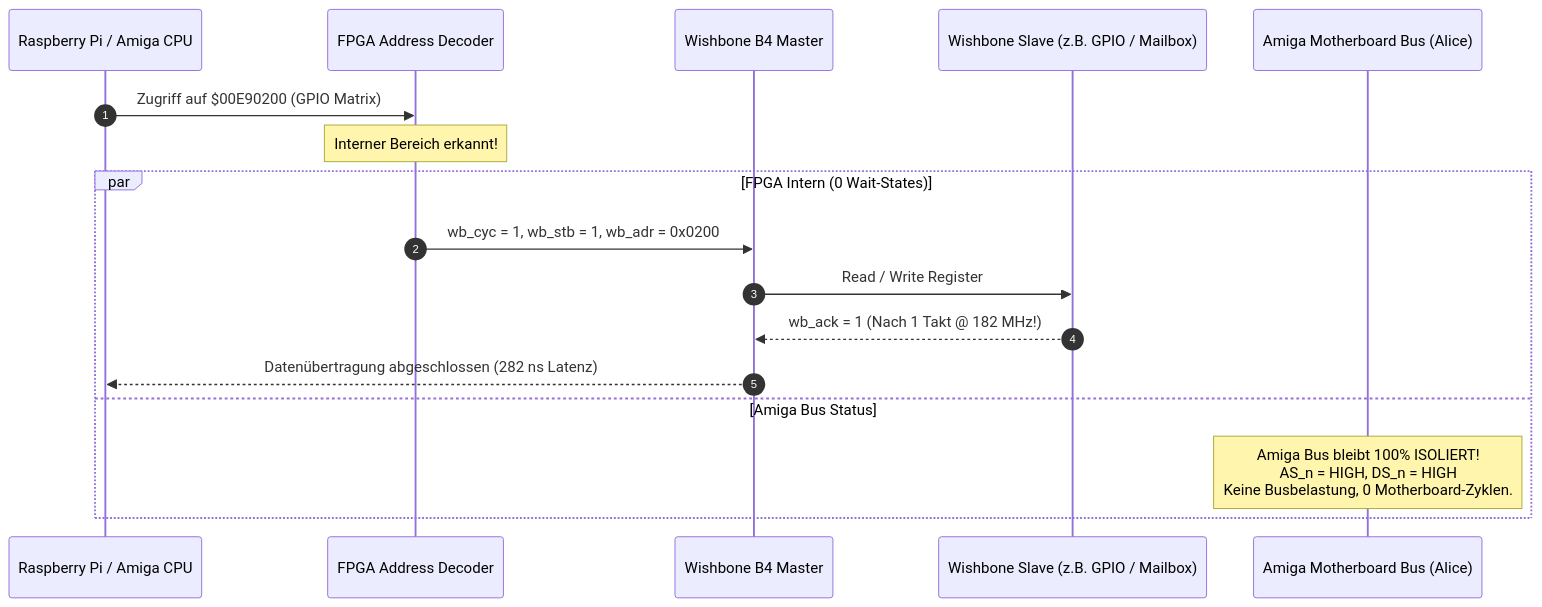
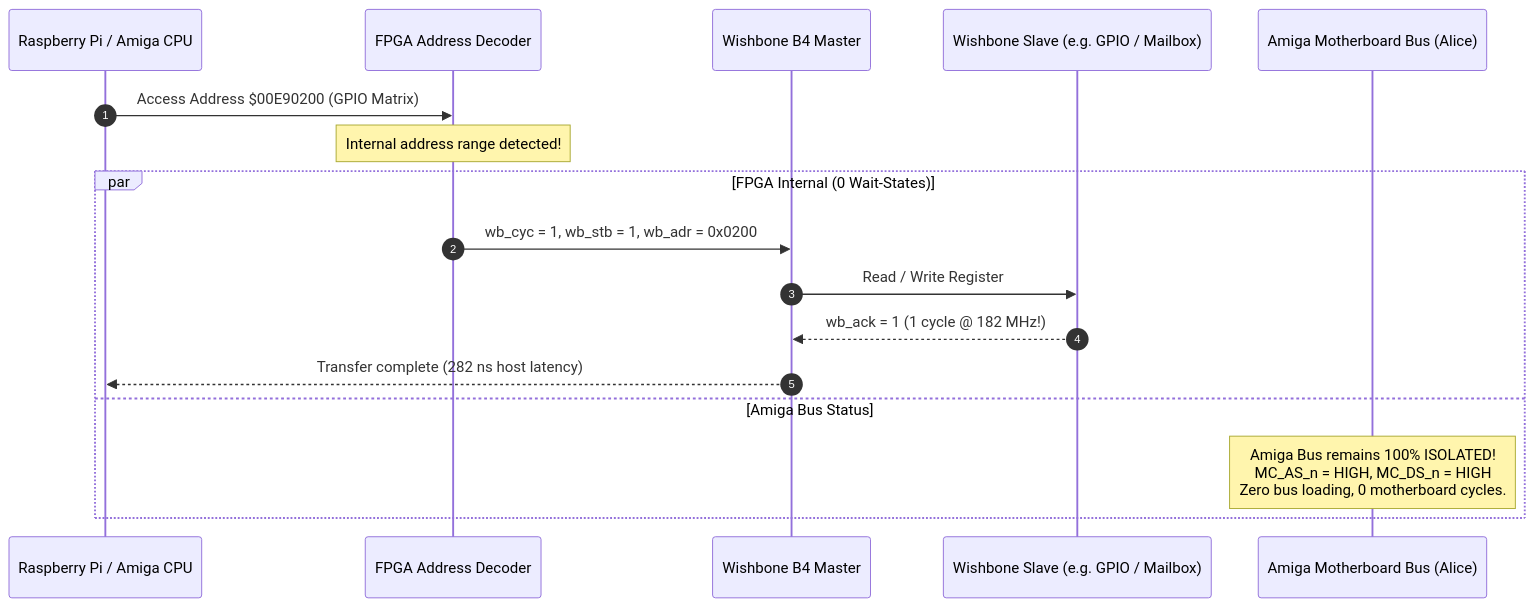
Before and after one commit to PiStorm/pistorm32-lite-gateware: the fifth of 5 diagrams in DOCS/HOW_IT_WORKS.md, drawn with Mermaid. The commit also changed other lines of this file and 5 other files, not shown here.

````diff
--- a/DOCS/HOW_IT_WORKS.md
+++ b/DOCS/HOW_IT_WORKS.md
@@ -211,21 +211,21 @@
 ```mermaid
 sequenceDiagram
     autonumber
     participant Pi as Raspberry Pi / Amiga CPU
     participant Dec as FPGA Address Decoder
     participant WB as Wishbone B4 Master
-    participant Slave as Wishbone Slave (z.B. GPIO / Mailbox)
+    participant Slave as Wishbone Slave (e.g. GPIO / Mailbox)
     participant Amiga as Amiga Motherboard Bus (Alice)
 
-    Pi->>Dec: Zugriff auf $00E90200 (GPIO Matrix)
-    Note over Dec: Interner Bereich erkannt!
+    Pi->>Dec: Access Address $00E90200 (GPIO Matrix)
+    Note over Dec: Internal address range detected!
     
-    par FPGA Intern (0 Wait-States)
+    par FPGA Internal (0 Wait-States)
         Dec->>WB: wb_cyc = 1, wb_stb = 1, wb_adr = 0x0200
         WB->>Slave: Read / Write Register
-        Slave-->>WB: wb_ack = 1 (Nach 1 Takt @ 182 MHz!)
-        WB-->>Pi: Datenübertragung abgeschlossen (282 ns Latenz)
+        Slave-->>WB: wb_ack = 1 (1 cycle @ 182 MHz!)
+        WB-->>Pi: Transfer complete (282 ns host latency)
     and Amiga Bus Status
-        Note over Amiga: Amiga Bus bleibt 100% ISOLIERT!<br/>AS_n = HIGH, DS_n = HIGH<br/>Keine Busbelastung, 0 Motherboard-Zyklen.
+        Note over Amiga: Amiga Bus remains 100% ISOLATED!<br/>MC_AS_n = HIGH, MC_DS_n = HIGH<br/>Zero bus loading, 0 motherboard cycles.
     end
 ```
````
